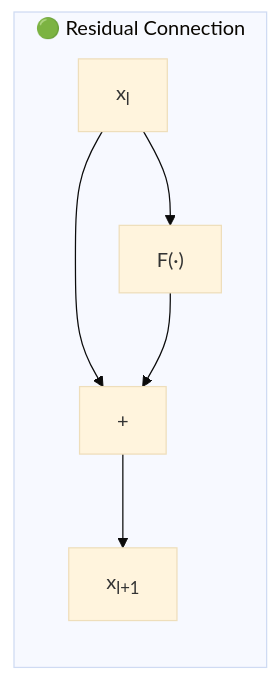
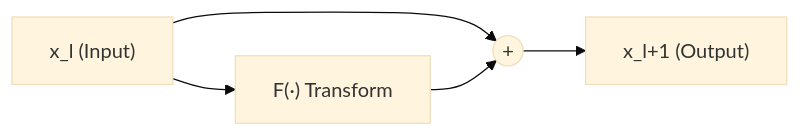
Before and after one commit to sandeeppandey456/sandeeppandey456.github.io: the first of 9 diagrams in _posts/2026-01-06-manifold-constrained-hyper-connections.md, drawn with Mermaid (base theme). The commit also changed other lines of this file and 1 other file, not shown here.

```diff
--- a/_posts/2026-01-06-manifold-constrained-hyper-connections.md
+++ b/_posts/2026-01-06-manifold-constrained-hyper-connections.md
@@ -150,9 +87,7 @@
-<div class="mermaid">
+<pre class="mermaid">
 graph LR
-    subgraph Residual["🟢 Residual Connection"]
-        A2["x<sub>l</sub>"] --> F2["F(·)"]
-        A2 --> add["+"]
-        F2 --> add
-        add --> B2["x<sub>l+1</sub>"]
-    end
-</div>
+    A["x_l (Input)"] --> F["F(·) Transform"]
+    A --> ADD(("+"))
+    F --> ADD
+    ADD --> B["x_l+1 (Output)"]
+</pre>
```
